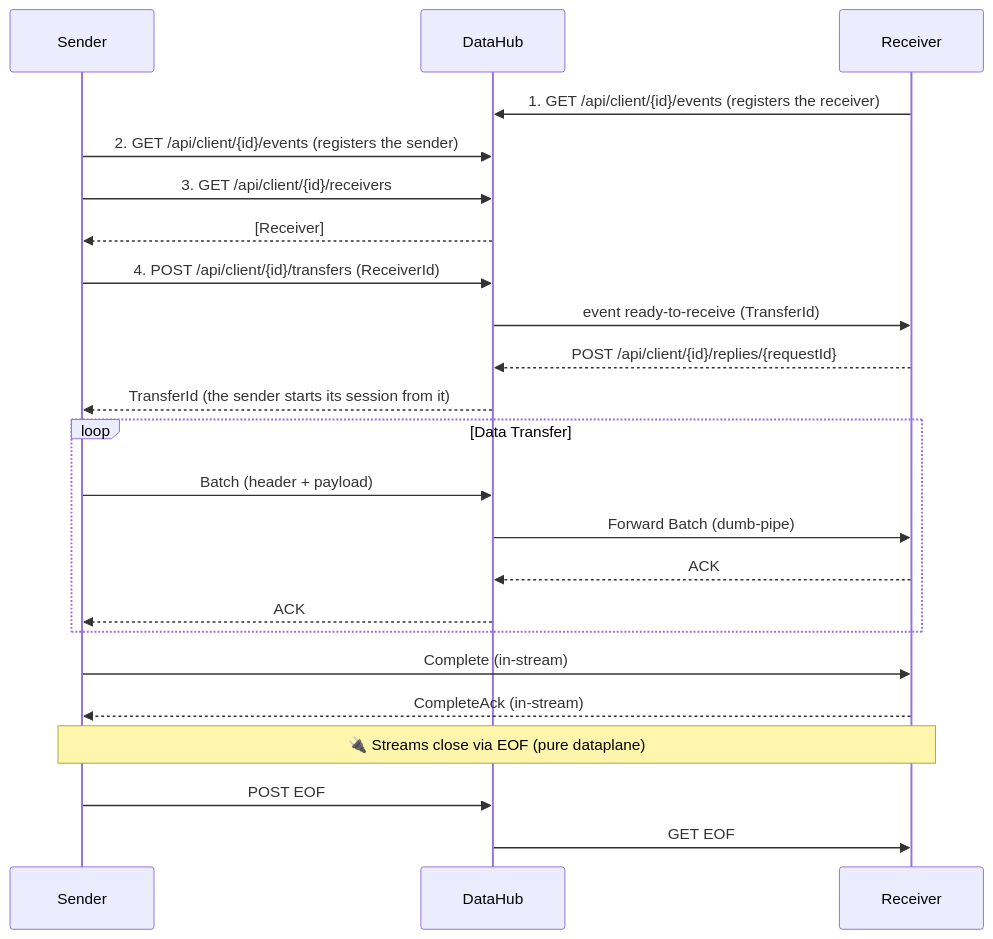
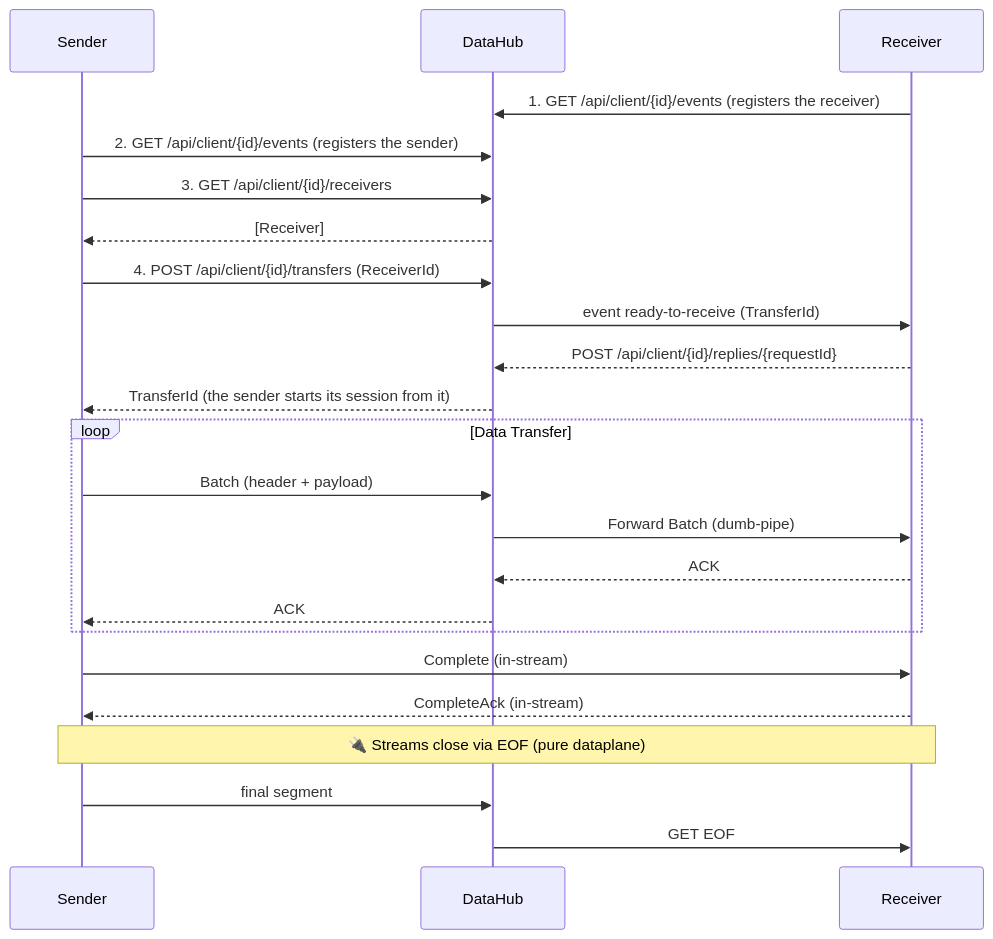
One commit to nicopon/transportr changed the diagram in TransportRArchitecture.md. Above: the diagram before and after it, drawn with Mermaid. The commit also changed other lines of this file and 6 other files, not shown here.

````diff
--- a/TransportRArchitecture.md
+++ b/TransportRArchitecture.md
@@ -41,29 +41,29 @@
 ```mermaid
 sequenceDiagram
     participant S as Sender
     participant H as DataHub
     participant R as Receiver
 
     R->>H: 1. GET /api/client/{id}/events (registers the receiver)
     S->>H: 2. GET /api/client/{id}/events (registers the sender)
     S->>H: 3. GET /api/client/{id}/receivers
     H-->>S: [Receiver]
     S->>H: 4. POST /api/client/{id}/transfers (ReceiverId)
     H->>R: event ready-to-receive (TransferId)
     R-->>H: POST /api/client/{id}/replies/{requestId}
     H-->>S: TransferId (the sender starts its session from it)
     
     loop Data Transfer
         S->>H: Batch (header + payload)
         H->>R: Forward Batch (dumb-pipe)
         R-->>H: ACK
         H-->>S: ACK
     end
     
     S->>R: Complete (in-stream)
     R-->>S: CompleteAck (in-stream)
     
     Note over S,R: 🔌 Streams close via EOF (pure dataplane)
-    S->>H: POST EOF
+    S->>H: final segment
     H->>R: GET EOF
 ```
````
